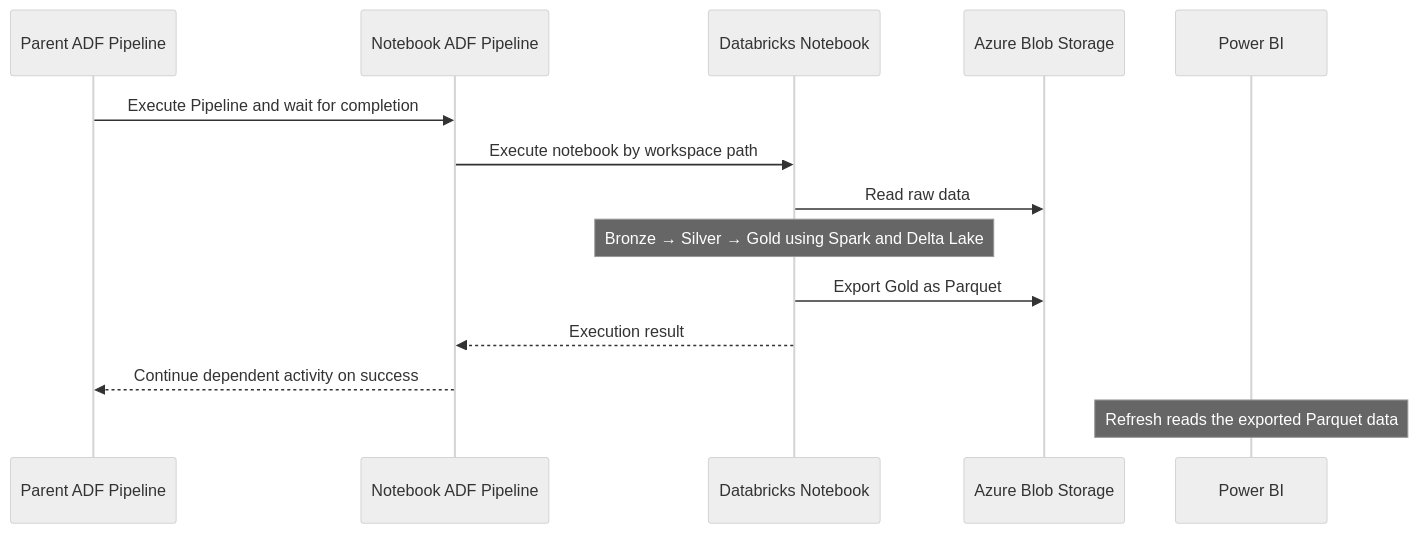
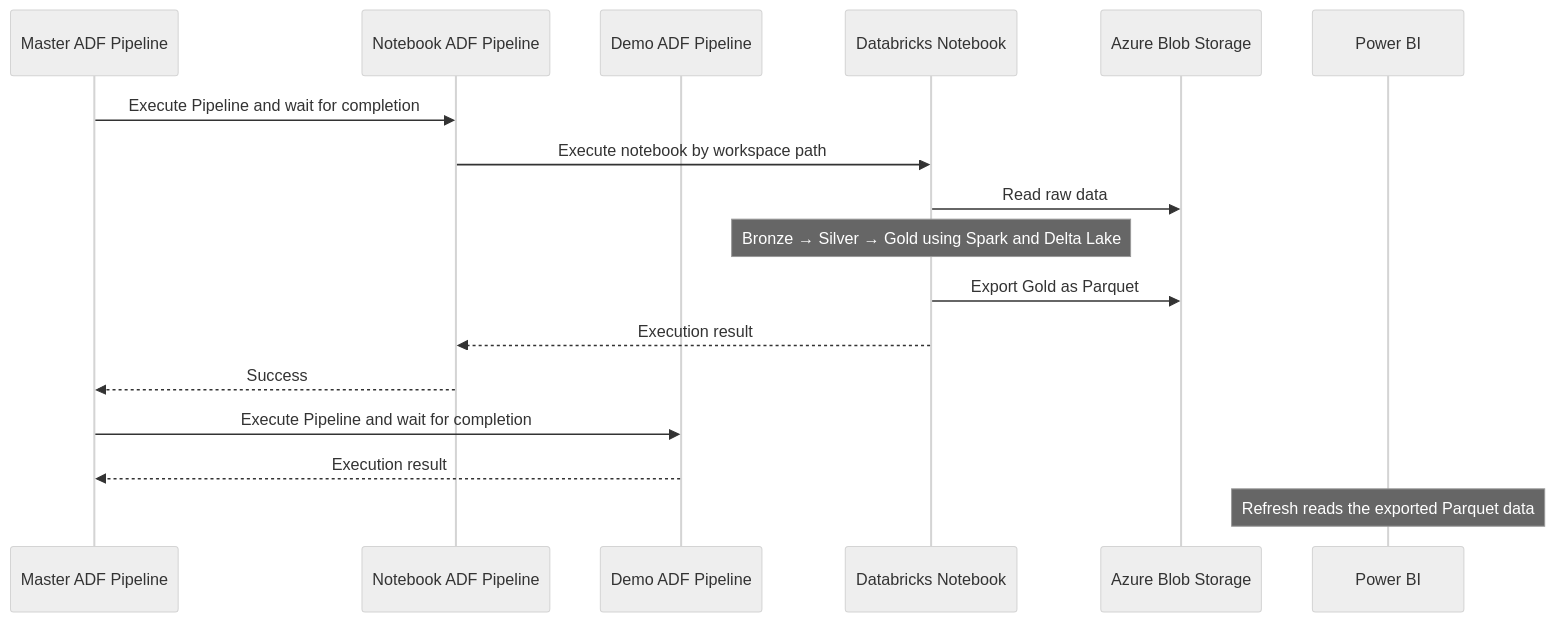
The diagram in README.md (thangbuiq/azure-databricks-analyst-bootcamp), drawn with Mermaid (neutral theme) before and after one commit. The commit also changed other lines of this file and 15 other files, not shown here.

````diff
--- a/README.md
+++ b/README.md
@@ -52,17 +52,20 @@
 ```mermaid
 sequenceDiagram
-    participant Parent as Parent ADF Pipeline
+    participant Parent as Master ADF Pipeline
     participant Child as Notebook ADF Pipeline
+    participant Demo as Demo ADF Pipeline
     participant Notebook as Databricks Notebook
     participant Blob as Azure Blob Storage
     participant PBI as Power BI
 
     Parent->>Child: Execute Pipeline and wait for completion
     Child->>Notebook: Execute notebook by workspace path
     Notebook->>Blob: Read raw data
     Note over Notebook: Bronze → Silver → Gold using Spark and Delta Lake
     Notebook->>Blob: Export Gold as Parquet
     Notebook-->>Child: Execution result
-    Child-->>Parent: Continue dependent activity on success
+    Child-->>Parent: Success
+    Parent->>Demo: Execute Pipeline and wait for completion
+    Demo-->>Parent: Execution result
     Note over PBI: Refresh reads the exported Parquet data
 ```
````
